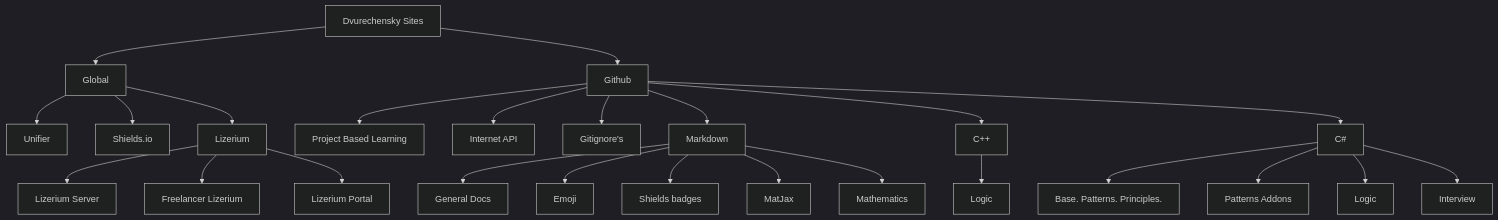
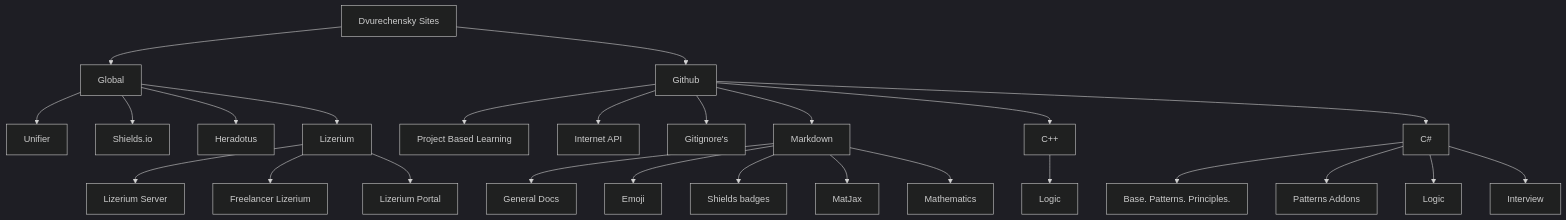
Before and after one commit to Dvurechensky/Dvurechensky: the second of 2 diagrams in README.md, drawn with Mermaid (dark theme). The commit also changed other lines of this file and 1 other file, not shown here.

````diff
--- a/README.md
+++ b/README.md
@@ -71,27 +71,28 @@
 ```mermaid
 graph TD
   A[Dvurechensky Sites] --> B[Global]
   A[Dvurechensky Sites] --> C[Github]
   B --> B1[Unifier]
   B --> B2[Shields.io]
+  B --> B3[Heradotus]
   B --> E[Lizerium]
   E --> E1[Lizerium Server]
   E --> E2[Freelancer Lizerium]
   E --> E3[Lizerium Portal]
   C --> R[Project Based Learning]
   C --> M[Internet API]
   C --> G[Gitignore's]
   C --> H[Markdown]
   C --> W[C++]
   W --> W1[Logic]
   C --> N[C#]
   N --> N1[Base. Patterns. Principles.]
   N --> N2[Patterns Addons]
   N --> N3[Logic]
   N --> N4[Interview]
   H --> K[General Docs]
   H --> L[Emoji]
   H --> Z[Shields badges]
   H --> X[MatJax]
   H --> V[Mathematics]
 ```
````
